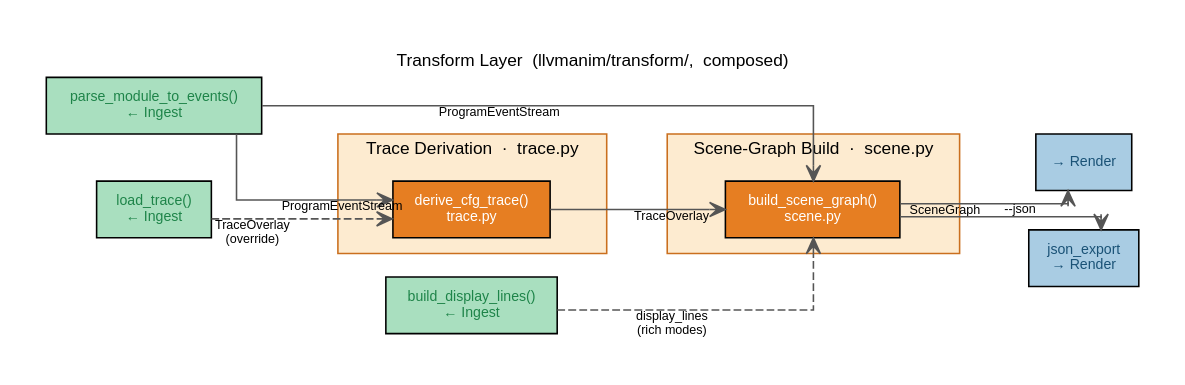
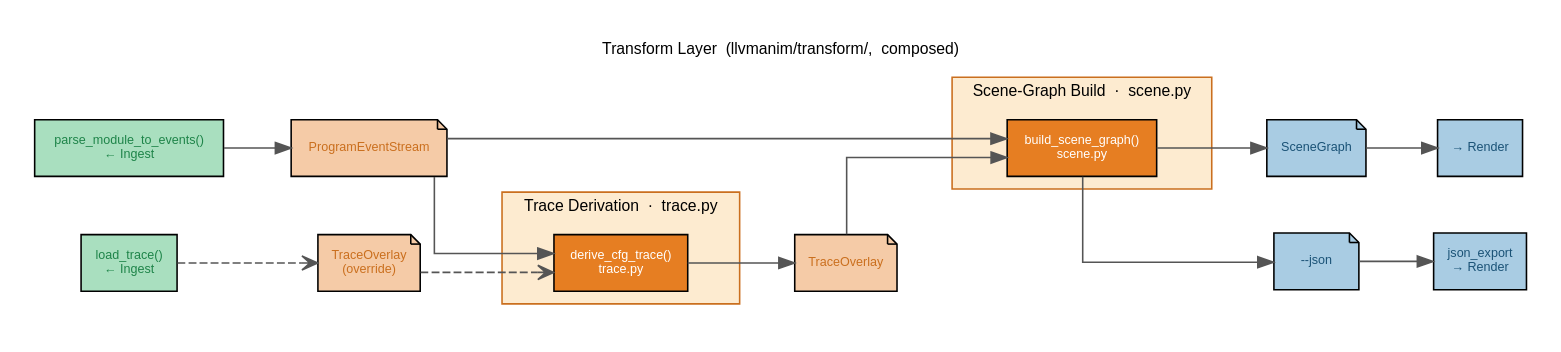
Before and after one commit to BenHoule/LLVManim: the diagram in docs/architecture/01_architecture_overview/01c_transform_layer/dots/01c_transform_layer.dot, drawn with Graphviz. The commit also changed 77 other files, not shown here.

First line of the commit message:
Add CLI dispatch architecture images

```diff
--- a/docs/architecture/01_architecture_overview/01c_transform_layer/dots/01c_transform_layer.dot
+++ b/docs/architecture/01_architecture_overview/01c_transform_layer/dots/01c_transform_layer.dot
@@ -1,89 +1,94 @@
 /**
  * 01c_transform_layer.dot  (composed)
  *
  * Full Transform layer detail.  Composed from the two subgraphs:
  *
  *   01c1_stack_build.dot  — scene-graph build
  *   01c2_cfg_build.dot    — CFG trace derivation
  *
  * Key source files:
  *   src/llvmanim/transform/scene.py — build_scene_graph()
  *   src/llvmanim/transform/trace.py — derive_cfg_trace()
  *
  * Render:
  *   dot -Tpdf 01c_transform_layer.dot -o ../01c_transform_layer.pdf
  */
 digraph transform_layer {
     graph [
         rankdir  = LR
-        fontname = "Helvetica" fontsize = 11
+        fontname = "Helvetica" fontsize = 10
         label    = "Transform Layer  (llvmanim/transform/,  composed)"
         labelloc = t
         splines  = ortho
-        nodesep  = 0.35
-        ranksep  = 0.75
-        pad      = 0.3
+        nodesep  = 0.5
+        ranksep  = 0.6
+        pad      = 0.2
         bgcolor  = "white"
-        size     = "10.5,7.0"
-        ratio    = compress
     ]
-    node [fontname="Helvetica" fontsize=9 style=filled shape=box margin="0.12,0.06"]
-    edge [fontname="Helvetica" fontsize=8 arrowhead=open color="#555555"]
+    node [fontname="Helvetica" fontsize=8 style=filled shape=box margin="0.08,0.04"]
+    edge [fontname="Helvetica" fontsize=7 arrowhead=normal color="#555555"]
 
-    /* ── Shared ingest / render stubs ───────────────────────────── */
-    parse_events  [label="parse_module_to_events()\n← Ingest" fillcolor="#a9dfbf" fontcolor="#1e8449"]
-    display_lines [label="build_display_lines()\n← Ingest"    fillcolor="#a9dfbf" fontcolor="#1e8449"]
-    trace_io      [label="load_trace()\n← Ingest"             fillcolor="#a9dfbf" fontcolor="#1e8449"]
+    /* ── Ingest stubs ───────────────────────────────────────────── */
+    parse_events [label="parse_module_to_events()\n← Ingest" fillcolor="#a9dfbf" fontcolor="#1e8449"]
+    trace_io     [label="load_trace()\n← Ingest"             fillcolor="#a9dfbf" fontcolor="#1e8449"]
 
+    /* ── Render stubs ───────────────────────────────────────────── */
     renderer    [label="→ Render"              fillcolor="#a9cce3" fontcolor="#1a5276"]
     json_export [label="json_export\n→ Render" fillcolor="#a9cce3" fontcolor="#1a5276"]
 
     /* ══════════════════════════════════════════════════════════════
        SCENE-GRAPH BUILD
        source: 01c1_stack_build.dot
     ══════════════════════════════════════════════════════════════ */
     subgraph cluster_scene_build {
 
         label     = "Scene-Graph Build  ·  scene.py"
         style     = filled
         fillcolor = "#fdebd0"
         color     = "#ca6f1e"
-        margin    = 10
+        margin    = 8
         labeljust = l
 
         build_scene [label="build_scene_graph()\nscene.py"
                      fillcolor="#e67e22" fontcolor="white"]
     }
 
     /* ══════════════════════════════════════════════════════════════
        TRACE DERIVATION
        source: 01c2_cfg_build.dot
     ══════════════════════════════════════════════════════════════ */
     subgraph cluster_trace_derivation {
 
         label     = "Trace Derivation  ·  trace.py"
         style     = filled
         fillcolor = "#fdebd0"
         color     = "#ca6f1e"
-        margin    = 10
+        margin    = 8
         labeljust = l
 
         derive_trace [label="derive_cfg_trace()\ntrace.py"
                       fillcolor="#e67e22" fontcolor="white"]
     }
 
-    /* ── Cross: ingest → scene build ────────────────────────────── */
-    parse_events  -> build_scene [xlabel="ProgramEventStream"]
-    display_lines -> build_scene [xlabel="display_lines\n(rich modes)" style=dashed]
+    /* ── Data nodes ─────────────────────────────────────────────── */
+    pes            [label="ProgramEventStream"        fillcolor="#f5cba7" fontcolor="#ca6f1e" shape=note]
+    trace_override [label="TraceOverlay\n(override)"  fillcolor="#f5cba7" fontcolor="#ca6f1e" shape=note]
+    trace_overlay  [label="TraceOverlay"              fillcolor="#f5cba7" fontcolor="#ca6f1e" shape=note]
+    scene_graph    [label="SceneGraph"                fillcolor="#a9cce3" fontcolor="#1a5276" shape=note]
+    json_flag      [label="--json"                    fillcolor="#a9cce3" fontcolor="#1a5276" shape=note]
 
-    /* ── Cross: ingest → trace derivation ───────────────────────── */
-    parse_events -> derive_trace [xlabel="ProgramEventStream"]
-    trace_io     -> derive_trace [xlabel="TraceOverlay\n(override)" style=dashed]
+    /* ── Main path (top row): ingest → PES → build → render ────── */
+    parse_events -> pes          [weight=10]
+    pes          -> build_scene  [weight=10 minlen=3]
+    build_scene  -> scene_graph  [weight=10]
+    scene_graph  -> renderer     [weight=10]
+    build_scene  -> json_flag
+    json_flag    -> json_export
 
-    /* ── Cross: trace derivation → scene build ──────────────────── */
-    derive_trace -> build_scene [xlabel="TraceOverlay"]
-
-    /* ── Cross: scene build → render ────────────────────────────── */
-    build_scene -> renderer    [xlabel="SceneGraph"]
-    build_scene -> json_export [xlabel="--json"]
+    /* ── CFG path (bottom row): PES → derive → overlay → build ── */
+    pes            -> derive_trace
+    trace_io       -> trace_override [style=dashed arrowhead=open]
+    trace_override -> derive_trace   [style=dashed arrowhead=open]
+    derive_trace   -> trace_overlay
+    trace_overlay  -> build_scene
 }
```
